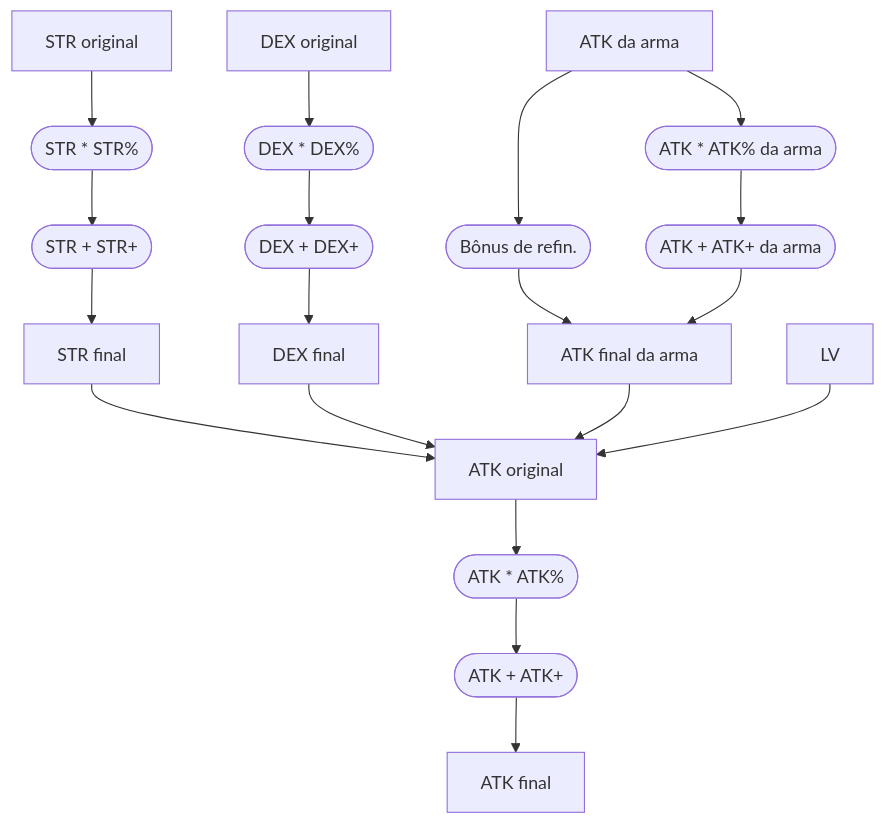
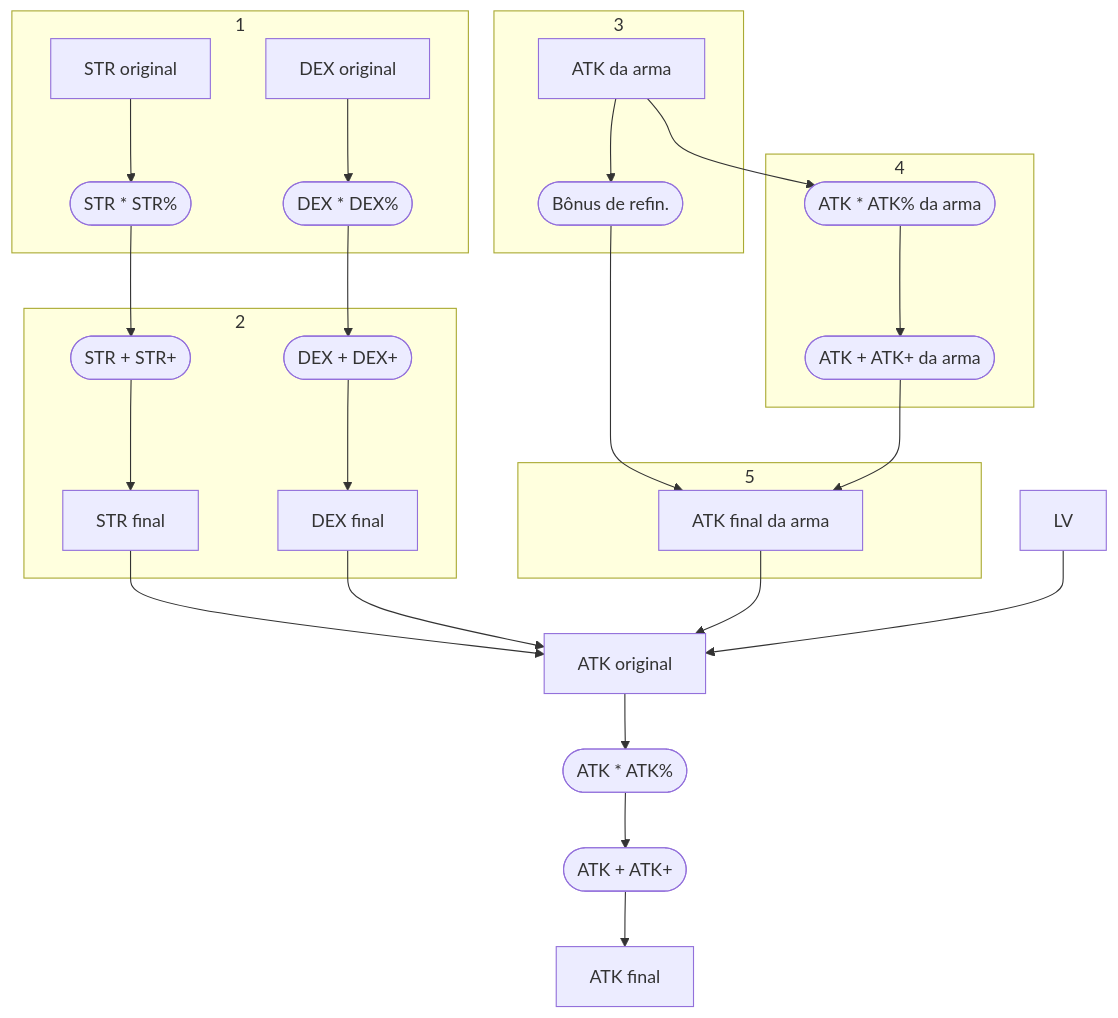
Before and after one commit to MateusRyu/Shikigami: the diagram in 2024-07-09-Toram_Status.md, drawn with Mermaid.

Commit message:
vault backup: 2024-07-09 02:10:10
Affected files:
2024-07-09-Toram_Status.md

````diff
--- a/2024-07-09-Toram_Status.md
+++ b/2024-07-09-Toram_Status.md
@@ -66,11 +66,29 @@
 ```mermaid
 flowchart TD
-a[STR original] --> a1([STR * STR%]) --> a2([STR + STR+]) --> a3[STR final]
-b[DEX original] --> b1([DEX * DEX%]) --> b2([DEX + DEX+]) --> b3[DEX final]
-c[ATK da arma] --> c0([Bônus de refin.]) --> c3[ATK final da arma]
-c --> c1([ATK * ATK% da arma]) --> c2([ATK + ATK+ da arma]) --> c3
+subgraph 1
+a[STR original] --> a1([STR * STR%]) 
+b[DEX original] --> b1([DEX * DEX%])
+end
+
+subgraph 2
+a1 --> a2([STR + STR+]) --> a3[STR final]
+b1 --> b2([DEX + DEX+]) --> b3[DEX final]
+end
+
+subgraph 3
+c[ATK da arma] --> c0([Bônus de refin.]) 
+end
+
+subgraph 4
+c --> c1([ATK * ATK% da arma]) --> c2([ATK + ATK+ da arma])
+end
+
+subgraph 5
+c0 & c2 --> c3[ATK final da arma]
+end
+
 a3 & b3 & c3 & d[LV]  --> e[ATK original]
 e --> e1([ATK * ATK%]) --> e2([ATK + ATK+]) --> e3[ATK final]
 
 
 ```
````
